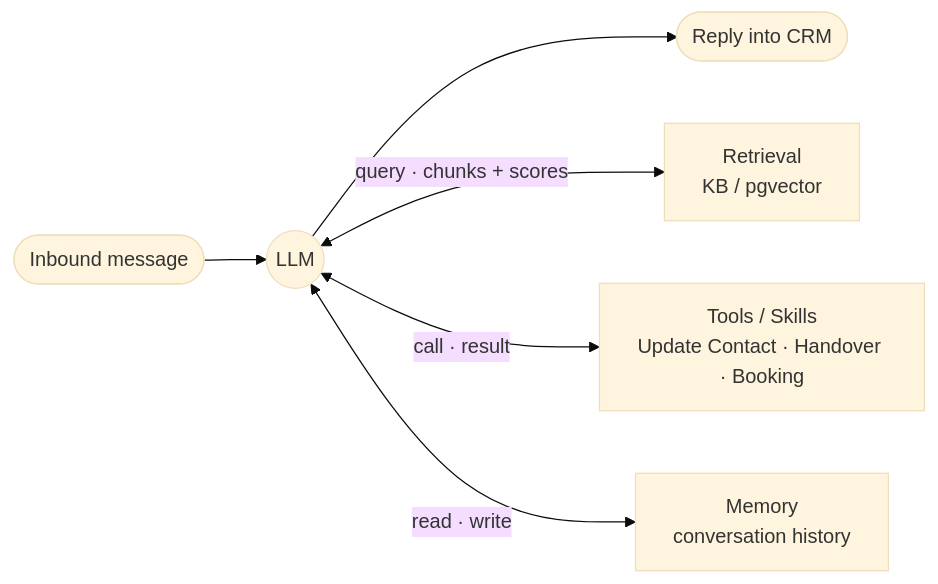
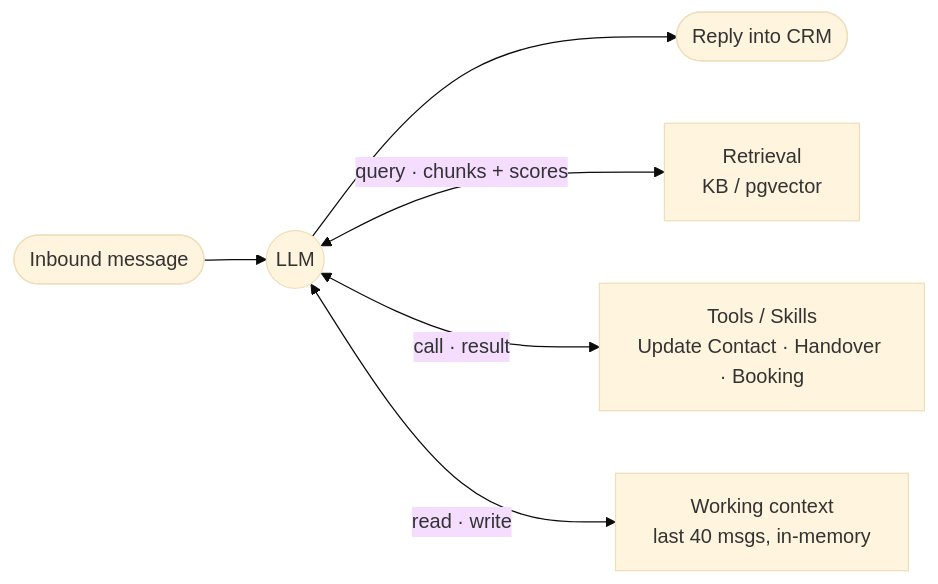
The diagram in README.md (jsingh0026/conversation-ai-harness), drawn with Mermaid (base theme) before and after one commit. The commit also changed other lines of this file, not shown here.

First line of the commit message:
readme: clarify HighLevel is source of truth; "Memory" box is a per-turn cache

````diff
--- a/README.md
+++ b/README.md
@@ -114,8 +114,8 @@
 ```mermaid
 flowchart LR
   In([Inbound message]) --> LLM((LLM))
   LLM --> Out([Reply into CRM])
   LLM <-->|query · chunks + scores| RET[Retrieval<br/>KB / pgvector]
   LLM <-->|call · result| TOOLS[Tools / Skills<br/>Update Contact · Handover · Booking]
-  LLM <-->|read · write| MEM[Memory<br/>conversation history]
+  LLM <-->|read · write| MEM[Working context<br/>last 40 msgs, in-memory]
 ```
````
